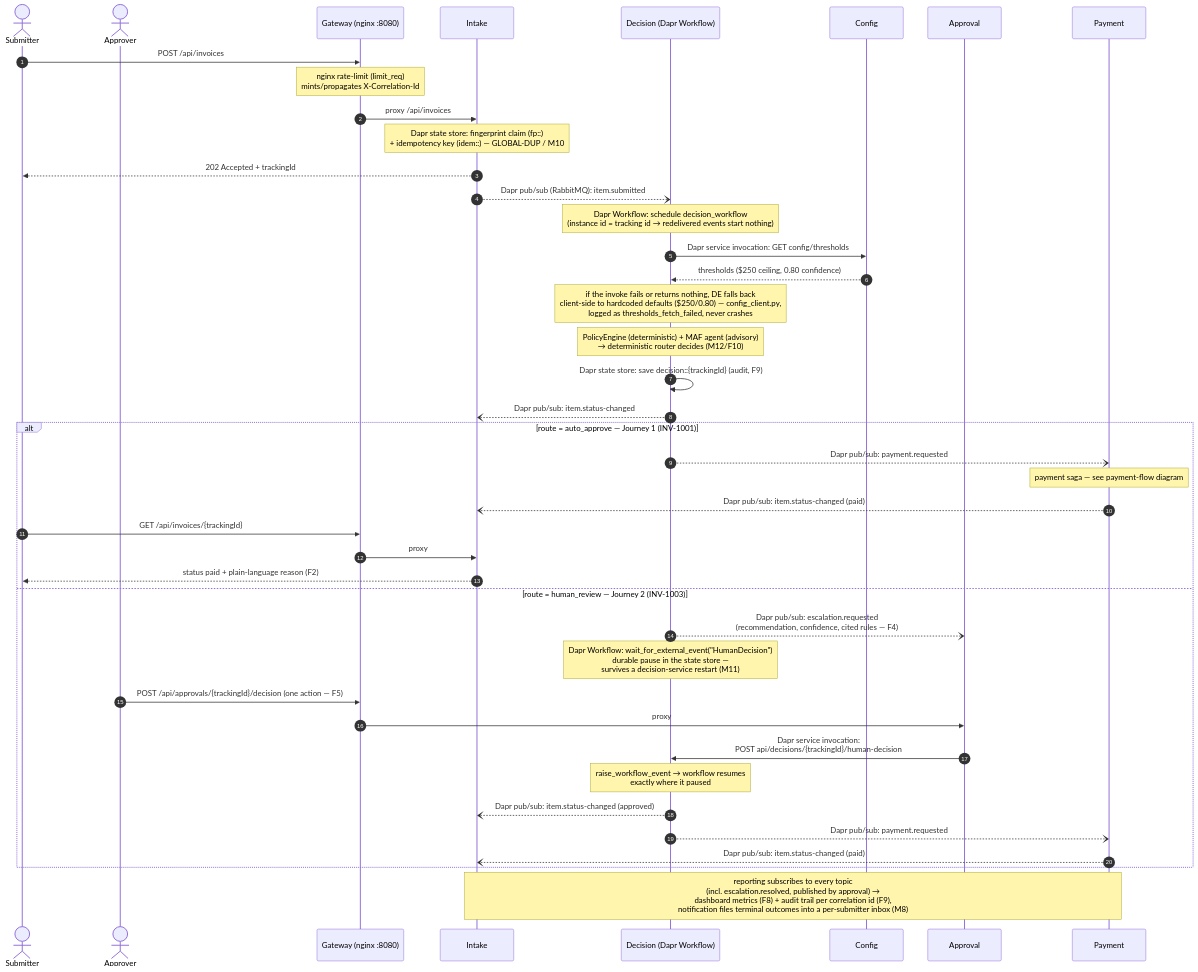
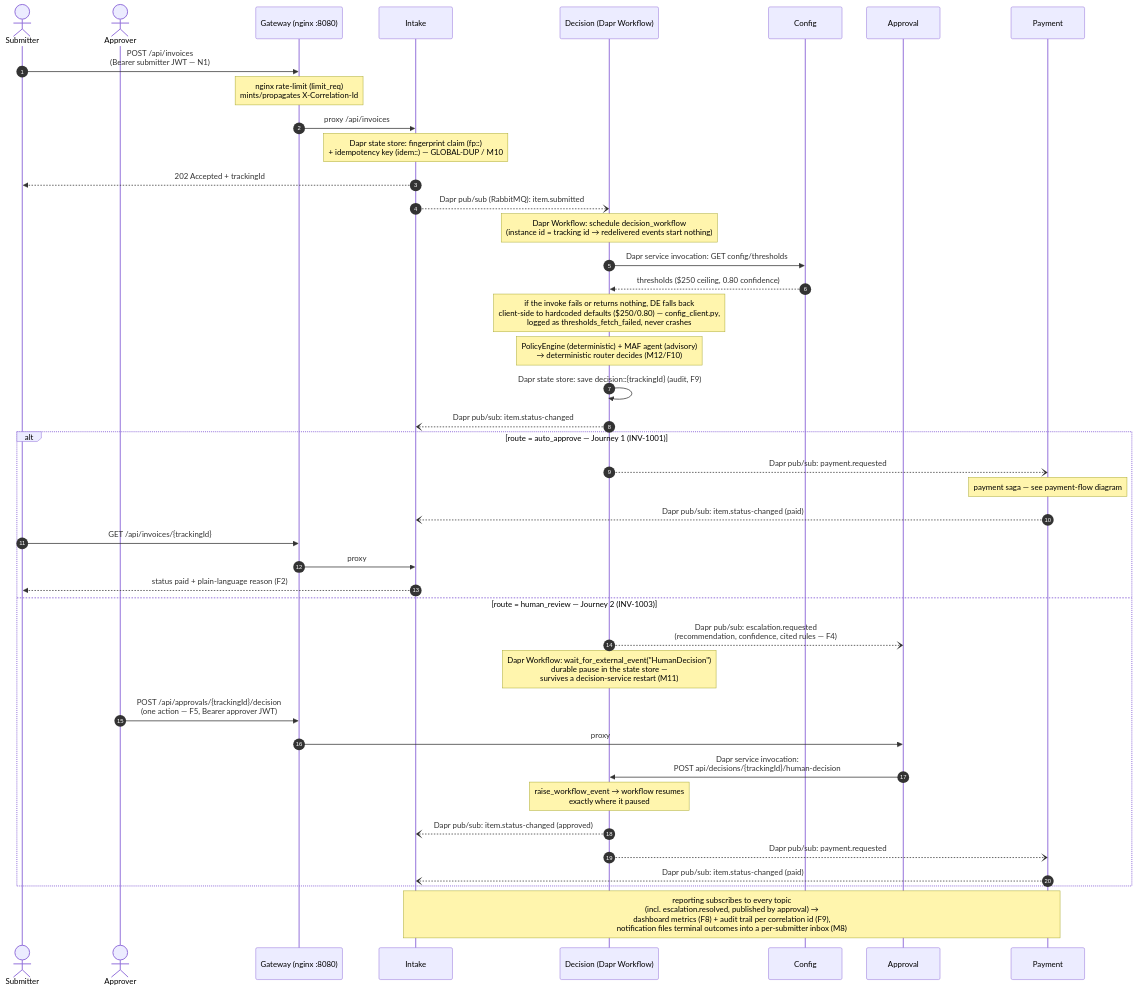
The first of 2 diagrams in README.md (keronell/APPROVALFLOW-InvoiceAndExpenseApprovalPlatform), drawn with Mermaid before and after one commit. The commit also changed other lines of this file and 1 other file, not shown here.

First line of the commit message:
docs: refresh README + ARCHITECTURE for delivery (11/11, UI guide, N1)

````diff
--- a/README.md
+++ b/README.md
@@ -101,47 +122,47 @@
 ```mermaid
 sequenceDiagram
     autonumber
     actor Submitter
     actor Approver
     participant GW as Gateway (nginx :8080)
     participant IN as Intake
     participant DE as Decision (Dapr Workflow)
     participant CF as Config
     participant AP as Approval
     participant PA as Payment
 
-    Submitter->>GW: POST /api/invoices
+    Submitter->>GW: POST /api/invoices<br/>(Bearer submitter JWT — N1)
     Note over GW: nginx rate-limit (limit_req)<br/>mints/propagates X-Correlation-Id
     GW->>IN: proxy /api/invoices
     Note over IN: Dapr state store: fingerprint claim (fp::)<br/>+ idempotency key (idem::) — GLOBAL-DUP / M10
     IN-->>Submitter: 202 Accepted + trackingId
     IN--)DE: Dapr pub/sub (RabbitMQ): item.submitted
     Note over DE: Dapr Workflow: schedule decision_workflow<br/>(instance id = tracking id → redelivered events start nothing)
     DE->>CF: Dapr service invocation: GET config/thresholds
     CF-->>DE: thresholds ($250 ceiling, 0.80 confidence)
     Note over DE: if the invoke fails or returns nothing, DE falls back<br/>client-side to hardcoded defaults ($250/0.80) — config_client.py,<br/>logged as thresholds_fetch_failed, never crashes
     Note over DE: PolicyEngine (deterministic) + MAF agent (advisory)<br/>→ deterministic router decides (M12/F10)
     DE->>DE: Dapr state store: save decision::{trackingId} (audit, F9)
     DE--)IN: Dapr pub/sub: item.status-changed
 
     alt route = auto_approve — Journey 1 (INV-1001)
         DE--)PA: Dapr pub/sub: payment.requested
         Note over PA: payment saga — see payment-flow diagram
         PA--)IN: Dapr pub/sub: item.status-changed (paid)
         Submitter->>GW: GET /api/invoices/{trackingId}
         GW->>IN: proxy
         IN-->>Submitter: status paid + plain-language reason (F2)
     else route = human_review — Journey 2 (INV-1003)
         DE--)AP: Dapr pub/sub: escalation.requested<br/>(recommendation, confidence, cited rules — F4)
         Note over DE: Dapr Workflow: wait_for_external_event("HumanDecision")<br/>durable pause in the state store —<br/>survives a decision-service restart (M11)
-        Approver->>GW: POST /api/approvals/{trackingId}/decision (one action — F5)
+        Approver->>GW: POST /api/approvals/{trackingId}/decision<br/>(one action — F5, Bearer approver JWT)
         GW->>AP: proxy
         AP->>DE: Dapr service invocation:<br/>POST api/decisions/{trackingId}/human-decision
         Note over DE: raise_workflow_event → workflow resumes<br/>exactly where it paused
         DE--)IN: Dapr pub/sub: item.status-changed (approved)
         DE--)PA: Dapr pub/sub: payment.requested
         PA--)IN: Dapr pub/sub: item.status-changed (paid)
     end
 
     Note over IN,PA: reporting subscribes to every topic<br/>(incl. escalation.resolved, published by approval) →<br/>dashboard metrics (F8) + audit trail per correlation id (F9),<br/>notification files terminal outcomes into a per-submitter inbox (M8)
 ```
````
